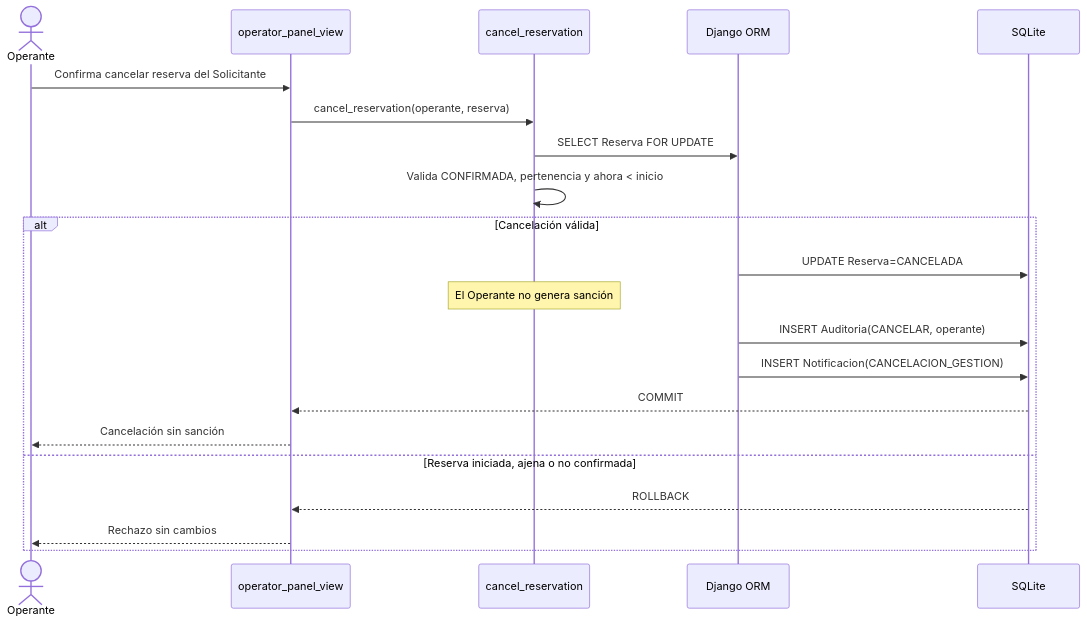
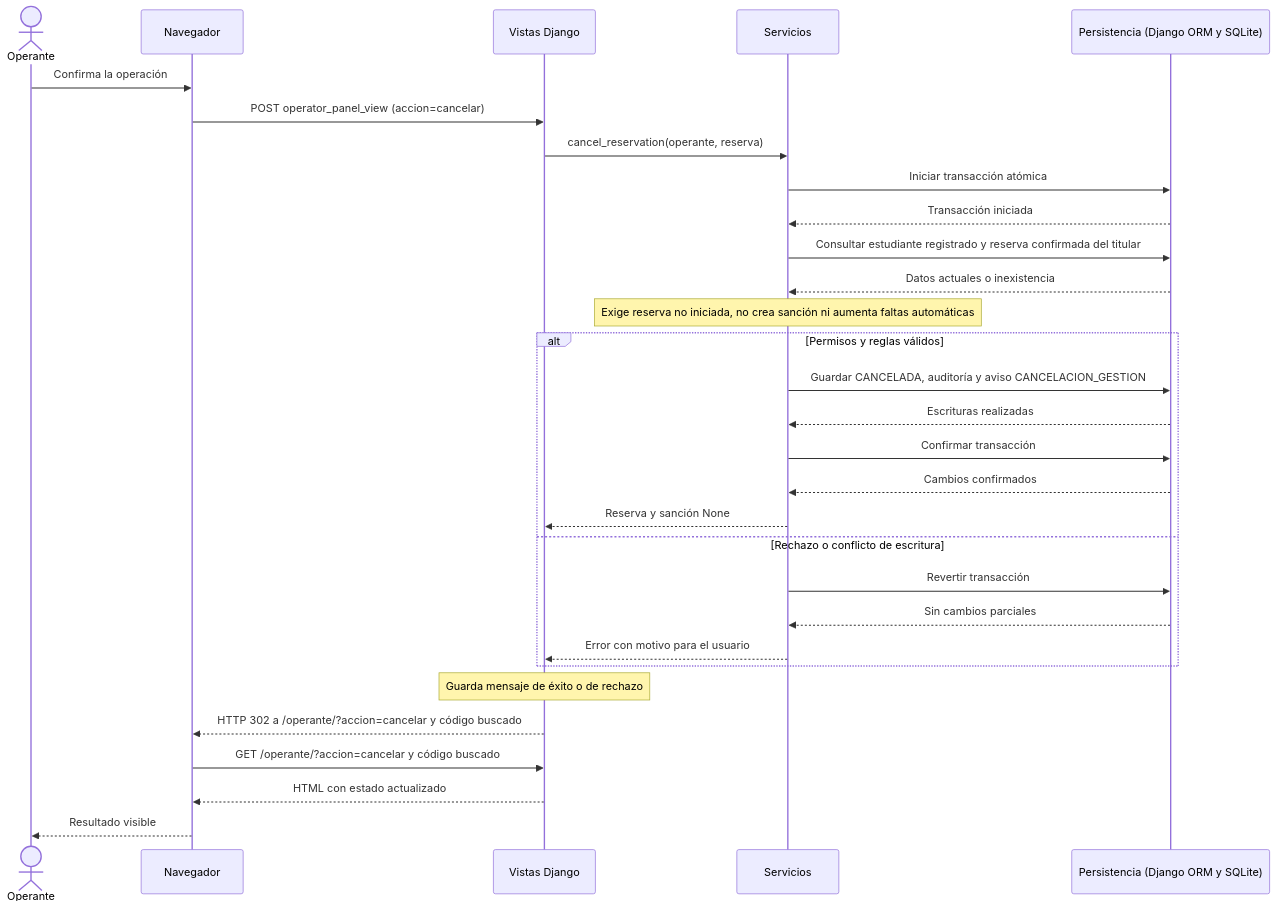
The sixth of 14 diagrams in docs/sesion-07-modelos.md (Sebas0032/SalaMandra), drawn with Mermaid before and after one commit. The commit also changed other lines of this file and 11 other files, not shown here.

Commit message:
Update architecture and test traceability documentation, reorganize use cases, fix diagrams, expand interaction flows, restore weekday-only reservations, consolidate redundant tests, and remove obsolete diagram images

````diff
--- a/docs/sesion-07-modelos.md
+++ b/docs/sesion-07-modelos.md
@@ -382,23 +405,32 @@
 ```mermaid
 sequenceDiagram
-    actor O as Operante
-    participant V as operator_panel_view
-    participant S as cancel_reservation
-    participant ORM as Django ORM
-    participant DB as SQLite
-    O->>V: Confirma cancelar reserva del Solicitante
+    actor U as Operante
+    participant B as Navegador
+    participant V as Vistas Django
+    participant S as Servicios
+    participant D as Persistencia (Django ORM y SQLite)
+    U->>B: Confirma la operación
+    B->>V: POST operator_panel_view (accion=cancelar)
     V->>S: cancel_reservation(operante, reserva)
-    S->>ORM: SELECT Reserva FOR UPDATE
-    S->>S: Valida CONFIRMADA, pertenencia y ahora < inicio
-    alt Cancelación válida
-        ORM->>DB: UPDATE Reserva=CANCELADA
-        Note over S: El Operante no genera sanción
-        ORM->>DB: INSERT Auditoria(CANCELAR, operante)
-        ORM->>DB: INSERT Notificacion(CANCELACION_GESTION)
-        DB-->>V: COMMIT
-        V-->>O: Cancelación sin sanción
-    else Reserva iniciada, ajena o no confirmada
-        DB-->>V: ROLLBACK
-        V-->>O: Rechazo sin cambios
+    S->>D: Iniciar transacción atómica
+    D-->>S: Transacción iniciada
+    S->>D: Consultar estudiante registrado y reserva confirmada del titular
+    D-->>S: Datos actuales o inexistencia
+    Note over S: Exige reserva no iniciada, no crea sanción ni aumenta faltas automáticas
+    alt Permisos y reglas válidos
+        S->>D: Guardar CANCELADA, auditoría y aviso CANCELACION_GESTION
+        D-->>S: Escrituras realizadas
+        S->>D: Confirmar transacción
+        D-->>S: Cambios confirmados
+        S-->>V: Reserva y sanción None
+    else Rechazo o conflicto de escritura
+        S->>D: Revertir transacción
+        D-->>S: Sin cambios parciales
+        S-->>V: Error con motivo para el usuario
     end
+    Note over V: Guarda mensaje de éxito o de rechazo
+    V-->>B: HTTP 302 a /operante/?accion=cancelar y código buscado
+    B->>V: GET /operante/?accion=cancelar y código buscado
+    V-->>B: HTML con estado actualizado
+    B-->>U: Resultado visible
 ```
````
